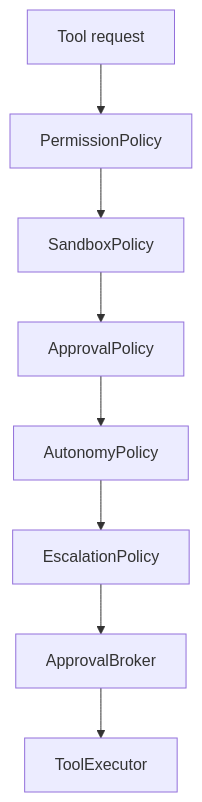
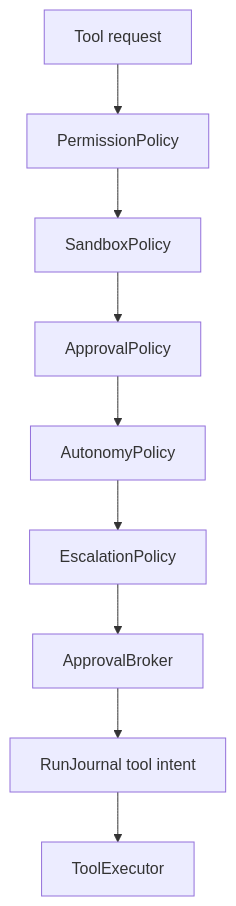
The first of 3 diagrams in docs/contracts/tool-approval-contract.md (heyclawdia/clawdia_sdk), drawn with Mermaid before and after one commit. The commit also changed other lines of this file and 20 other files, not shown here.

````diff
--- a/docs/contracts/tool-approval-contract.md
+++ b/docs/contracts/tool-approval-contract.md
@@ -14,10 +14,11 @@
 ```mermaid
 flowchart TD
   A["Tool request"] --> B["PermissionPolicy"]
   B --> C["SandboxPolicy"]
   C --> D["ApprovalPolicy"]
   D --> E["AutonomyPolicy"]
   E --> F["EscalationPolicy"]
   F --> G["ApprovalBroker"]
-  G --> H["ToolExecutor"]
+  G --> I["RunJournal tool intent"]
+  I --> H["ToolExecutor"]
 ```
````
